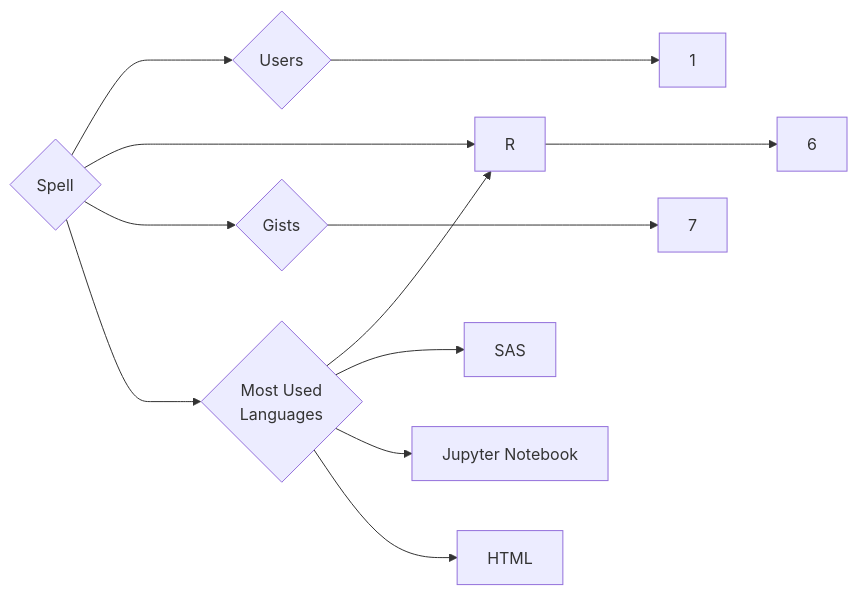
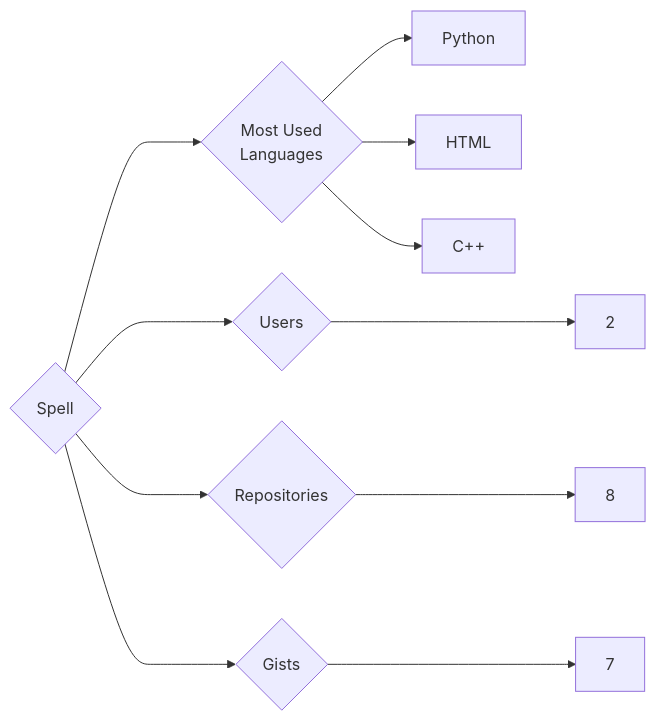
Before and after one commit to trickest/insiders: the diagram in targets/Spell/README.md, drawn with Mermaid. The commit also changed 964 other files, not shown here.

````diff
--- a/targets/Spell/README.md
+++ b/targets/Spell/README.md
@@ -3,12 +3,11 @@
 ```mermaid
 graph LR
 COMPANY_NAME{Spell}
-COMPANY_NAME ---> U{Users} ---> UN[1]
-COMPANY_NAME ---> R{Repositories} ---> RN[6]
+COMPANY_NAME ---> U{Users} ---> UN[2]
+COMPANY_NAME ---> R{Repositories} ---> RN[8]
 COMPANY_NAME ---> G{Gists} ---> GN[7]
 COMPANY_NAME ---> ML{Most Used<br>Languages}
-ML --> R[R]
-ML --> SAS[SAS]
-ML --> Jupyter_Notebook[Jupyter Notebook]
+ML --> Python[Python]
 ML --> HTML[HTML]
+ML --> C++[C++]
 ```
````
